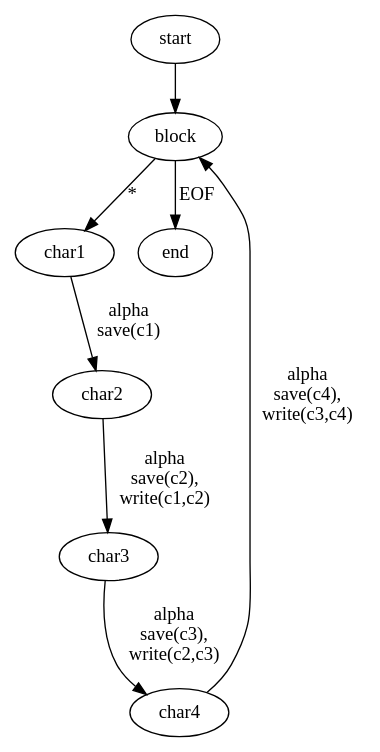
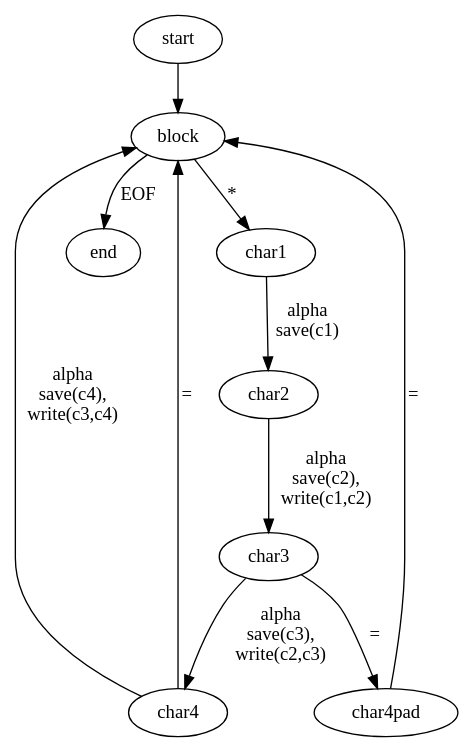
One commit to tancred/objc-base64 changed the diagram in decode.dot. Above: the diagram before and after it, drawn with Graphviz.

Commit message:
Diagram decode padding. Still only happy path.

```diff
--- a/decode.dot
+++ b/decode.dot
@@ -1,15 +1,19 @@
 digraph decode {
 	start -> block;
 
 	block -> char1 [ label = "*" ];
 
 	char1 -> char2 [ label = "alpha\nsave(c1)" ];
 
 	char2 -> char3 [ label = "alpha\nsave(c2),\nwrite(c1,c2)" ];
 
 	char3 -> char4 [ label = "alpha\nsave(c3),\nwrite(c2,c3)" ];
+	char3 -> char4pad [ label = "=" ];
 
 	char4 -> block [ label = "alpha\nsave(c4),\nwrite(c3,c4)" ];
+	char4 -> block [ label = "=" ];
+
+	char4pad -> block [ label = "=" ];
 
 	block -> end [ label = "EOF" ];
 }
```
